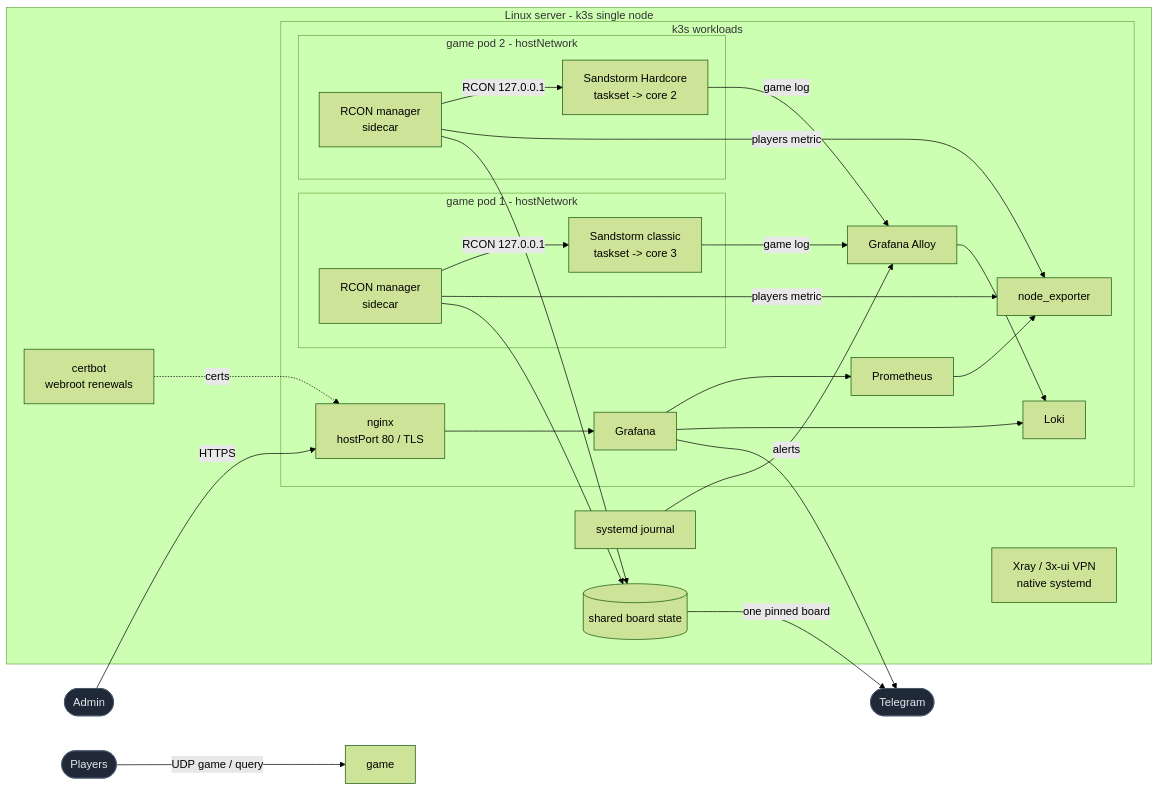
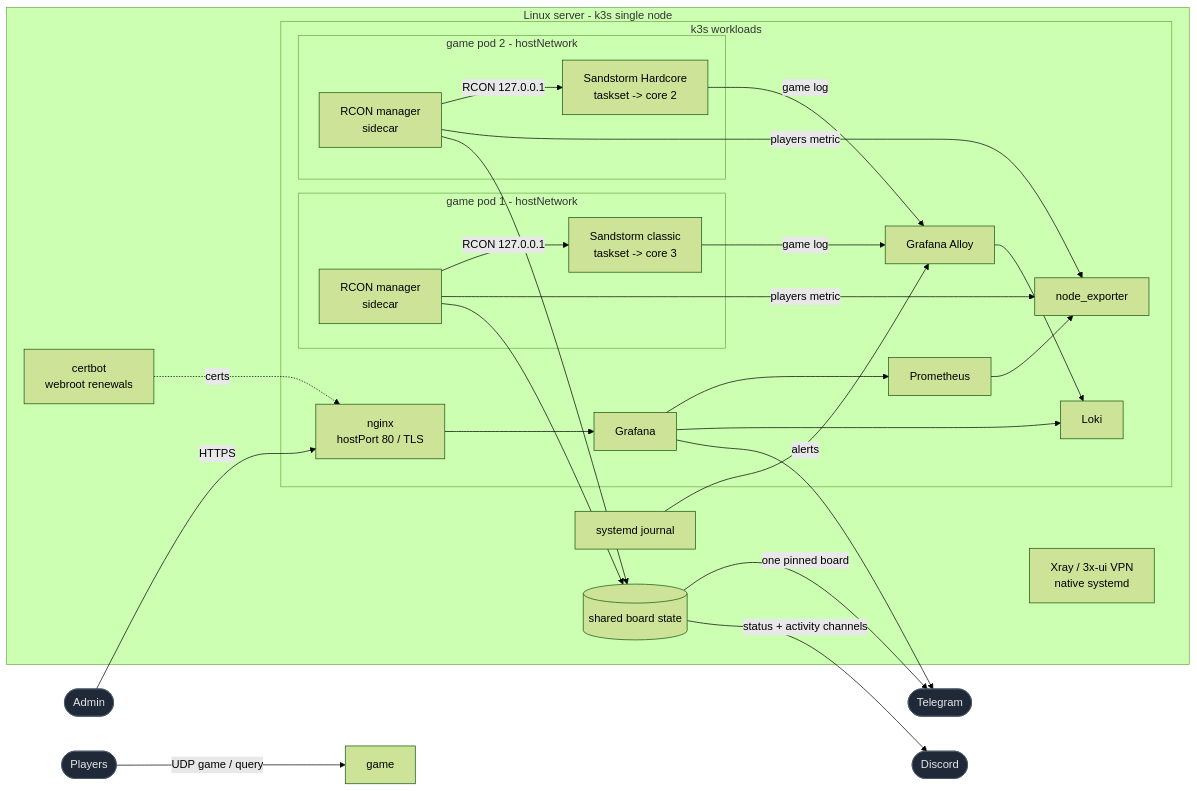
One commit to rkarpovets/server-infrastructure changed the diagram in README.md. Above: the diagram before and after it, drawn with Mermaid (forest theme). The commit also changed other lines of this file and 3 other files, not shown here.

````diff
--- a/README.md
+++ b/README.md
@@ -60,36 +60,37 @@
 ```mermaid
 flowchart LR
   admin([Admin]):::ext -->|HTTPS| nginx
   players([Players]):::ext -->|UDP game / query| game
 
   subgraph host[Linux server - k3s single node]
     subgraph k8s[k3s workloads]
       nginx[nginx<br/>hostPort 80 / TLS] --> grafana
       grafana[Grafana] --> prometheus[Prometheus]
       grafana --> loki[Loki]
       prometheus --> nodeexp[node_exporter]
       alloy[Grafana Alloy] --> loki
 
       subgraph pod1[game pod 1 - hostNetwork]
         game1[Sandstorm classic<br/>taskset -> core 3]
         manager1[RCON manager<br/>sidecar] -->|RCON 127.0.0.1| game1
       end
       subgraph pod2[game pod 2 - hostNetwork]
         game2[Sandstorm Hardcore<br/>taskset -> core 2]
         manager2[RCON manager<br/>sidecar] -->|RCON 127.0.0.1| game2
       end
     end
 
     certbot[certbot<br/>webroot renewals] -.->|certs| nginx
     journald[systemd journal] --> alloy
     board[(shared board state)]
     xray[Xray / 3x-ui VPN<br/>native systemd]
   end
 
   manager1 & manager2 -->|players metric| nodeexp
   game1 & game2 -->|game log| alloy
   manager1 & manager2 --> board
   grafana -->|alerts| tg([Telegram]):::ext
   board -->|one pinned board| tg
+  board -->|status + activity channels| dc([Discord]):::ext
   classDef ext fill:#1f2937,stroke:#475569,color:#e5e7eb;
 ```
````
